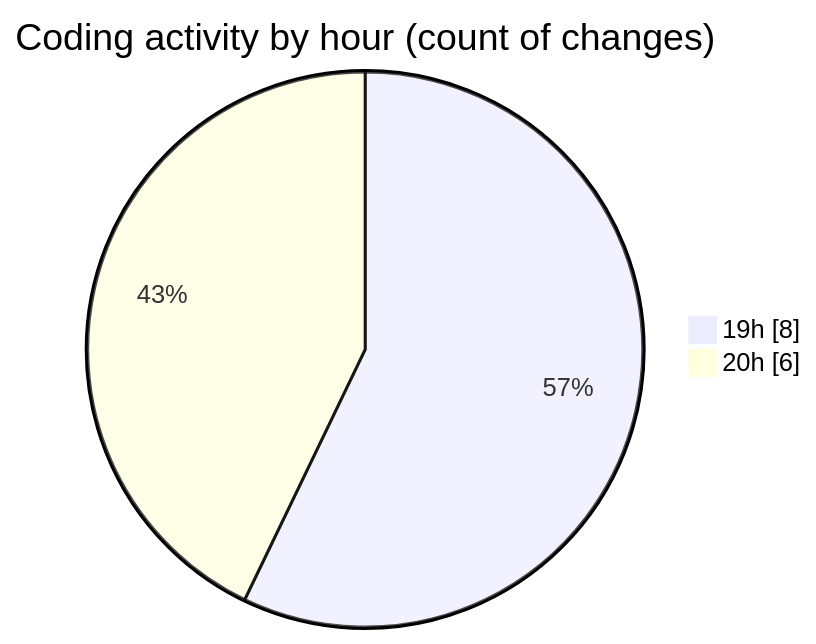
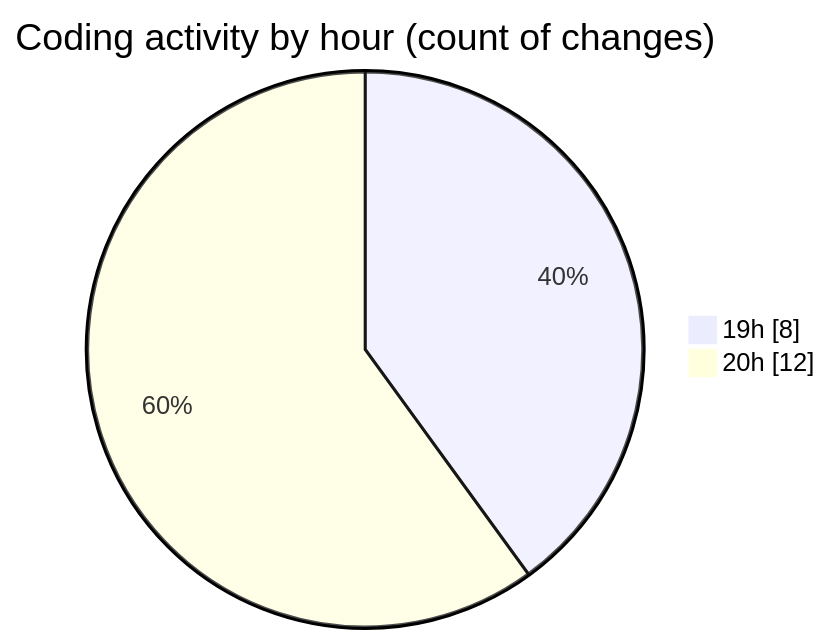
The second of 2 diagrams in 2025-04-10/product-page/README.md (Elitesun/code-tracking), drawn with Mermaid before and after one commit. The commit also changed other lines of this file and 1 other file, not shown here.

````diff
--- a/2025-04-10/product-page/README.md
+++ b/2025-04-10/product-page/README.md
@@ -37,6 +39,6 @@
 ```mermaid
 pie showData
 title Coding activity by hour (count of changes)
 "19h" : 8
-"20h" : 6
+"20h" : 12
 ```
````
